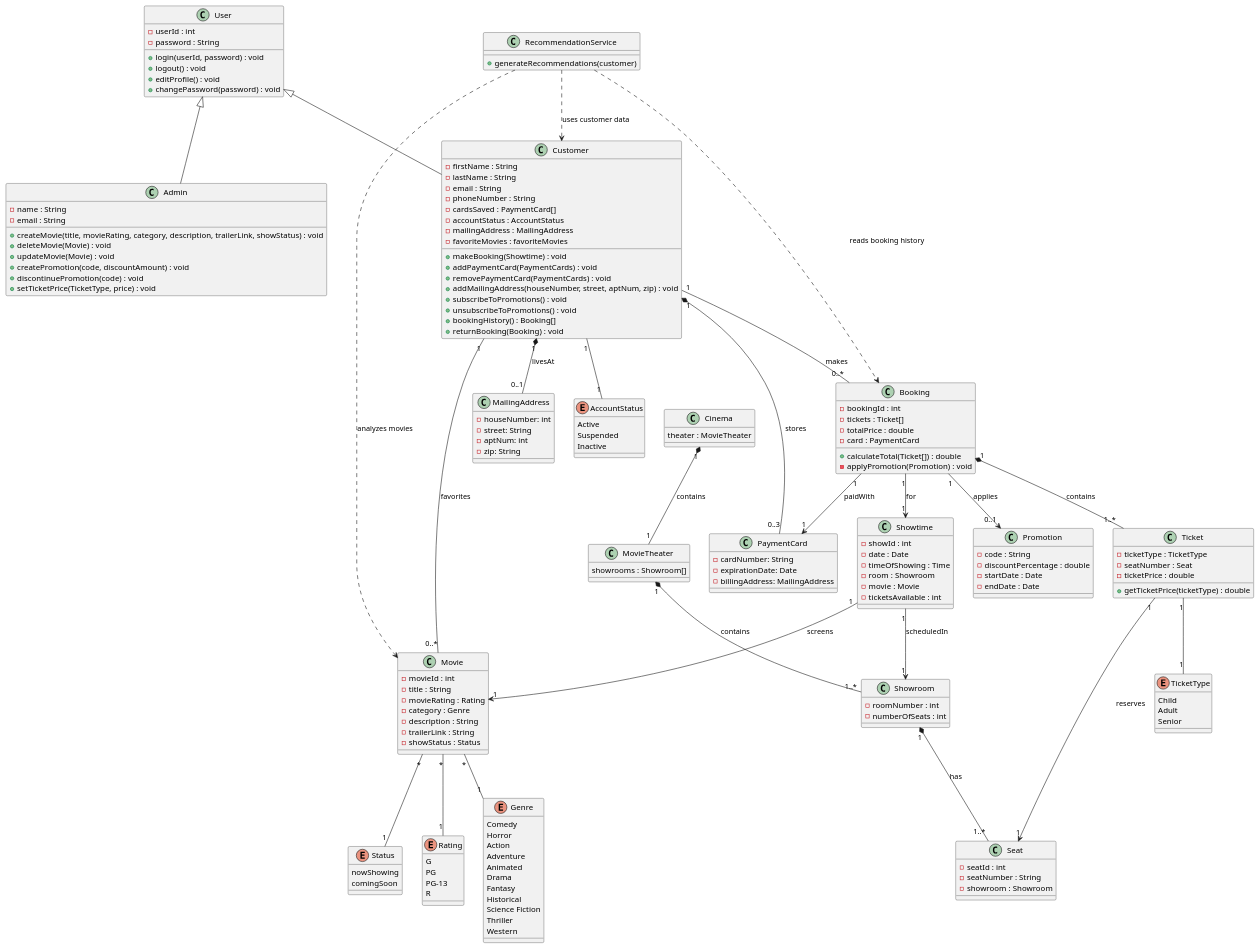
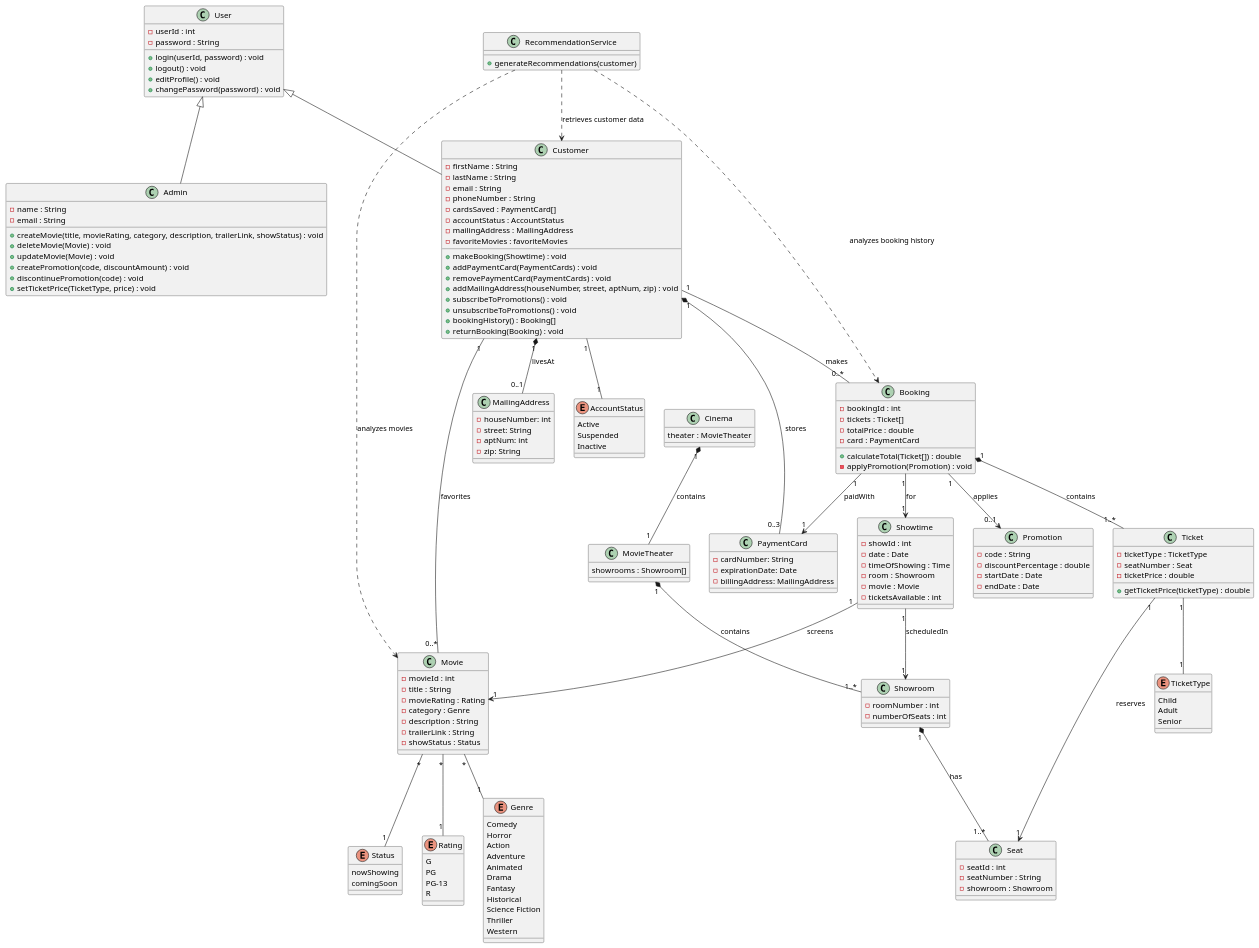
One commit to r-s-r-99/CSCI4050-CinmeaEBookingProject changed the diagram in uml/user-diagram.puml. Above: the diagram before and after it, drawn with PlantUML.

Commit message:
fix: added dependencies description to the UML diagram

```diff
--- a/uml/user-diagram.puml
+++ b/uml/user-diagram.puml
@@ -1,161 +1,161 @@
 @startuml 
 class User {
     - userId : int 
     - password : String 
     + login(userId, password) : void 
     + logout() : void 
     + editProfile() : void 
     + changePassword(password) : void 
 } 
 class Customer { 
     - firstName : String 
     - lastName : String 
     - email : String 
     - phoneNumber : String 
     - cardsSaved : PaymentCard[] 
     - accountStatus : AccountStatus 
     - mailingAddress : MailingAddress 
     - favoriteMovies : favoriteMovies 
     + makeBooking(Showtime) : void
     + addPaymentCard(PaymentCards) : void 
     + removePaymentCard(PaymentCards) : void
     + addMailingAddress(houseNumber, street, aptNum, zip) : void 
     + subscribeToPromotions() : void 
     + unsubscribeToPromotions() : void 
     + bookingHistory() : Booking[]
     + returnBooking(Booking) : void
 } 
 class PaymentCard { 
     - cardNumber: String 
     - expirationDate: Date 
     - billingAddress: MailingAddress 
 } 
 class MailingAddress { 
     - houseNumber: int 
     - street: String 
     - aptNum: int 
     - zip: String 
 } 
 enum AccountStatus { 
     Active
     Suspended 
     Inactive 
 } 
 class Movie { 
     - movieId : int 
     - title : String 
     - movieRating : Rating 
     - category : Genre 
     - description : String 
     - trailerLink : String 
     - showStatus : Status
 } 
 enum Status { 
     nowShowing 
     comingSoon 
 } 
 enum Rating { 
     G 
     PG 
     PG-13 
     R 
 } 
 enum Genre { 
     Comedy 
     Horror 
     Action 
     Adventure 
     Animated 
     Drama 
     Fantasy 
     Historical 
     Science Fiction 
     Thriller 
     Western 
 } 
 class Admin { 
     - name : String 
     - email : String
     + createMovie(title, movieRating, category, description, trailerLink, showStatus) : void
     + deleteMovie(Movie) : void
     + updateMovie(Movie) : void
     + createPromotion(code, discountAmount) : void
     + discontinuePromotion(code) : void 
     + setTicketPrice(TicketType, price) : void
 } 
 class Ticket { 
     - ticketType : TicketType 
     - seatNumber : Seat 
     - ticketPrice : double 
     + getTicketPrice(ticketType) : double 
 } 
 enum TicketType { 
     Child 
     Adult 
     Senior 
 } 
 class Showtime { 
     - showId : int 
     - date : Date 
     - timeOfShowing : Time 
     - room : Showroom 
     - movie : Movie 
     - ticketsAvailable : int 
 } 
 class Showroom { 
     - roomNumber : int 
     - numberOfSeats : int 
 } 
 class Seat { 
     - seatId : int
     - seatNumber : String 
     - showroom : Showroom 
 } 
 class MovieTheater { 
     showrooms : Showroom[] 
 } 
 class Cinema { 
     theater : MovieTheater 
 } 
 class Booking { 
     - bookingId : int
     - tickets : Ticket[] 
     - totalPrice : double 
     - card : PaymentCard 
     + calculateTotal(Ticket[]) : double 
     - applyPromotion(Promotion) : void 
 } 
 class Promotion { 
     - code : String 
     - discountPercentage : double 
     - startDate : Date 
     - endDate : Date 
 } 
 class RecommendationService {
     + generateRecommendations(customer)
 } 
 Customer "1" -- "1" AccountStatus 
 Ticket "1" -- "1" TicketType 
 Movie "*" -- "1" Genre 
 Movie "*" -- "1" Rating 
 Movie "*" -- "1" Status 
 User <|-- Customer
 User <|-- Admin
 Customer "1" *-- "0..3" PaymentCard : stores
 Customer "1" *-- "0..1" MailingAddress : livesAt
 Booking "1" *-- "1..*" Ticket : contains
 Showroom "1" *-- "1..*" Seat : has
 Customer "1" -- "0..*" Booking : makes
 Customer "1" -- "0..*" Movie : favorites
 Booking "1" --> "1" Showtime : for
 Booking "1" --> "1" PaymentCard : paidWith
 Booking "1" --> "0..1" Promotion : applies
 Ticket "1" --> "1" Seat : reserves
 Showtime "1" --> "1" Movie : screens
 Showtime "1" --> "1" Showroom : scheduledIn
 MovieTheater "1" *-- "1..*" Showroom : contains
 Cinema "1" *-- "1" MovieTheater : contains
-RecommendationService ..> Customer : uses customer data
+RecommendationService ..> Customer : retrieves customer data
 RecommendationService ..> Movie : analyzes movies
-RecommendationService ..> Booking : reads booking history
+RecommendationService ..> Booking : analyzes booking history
 @enduml
```
